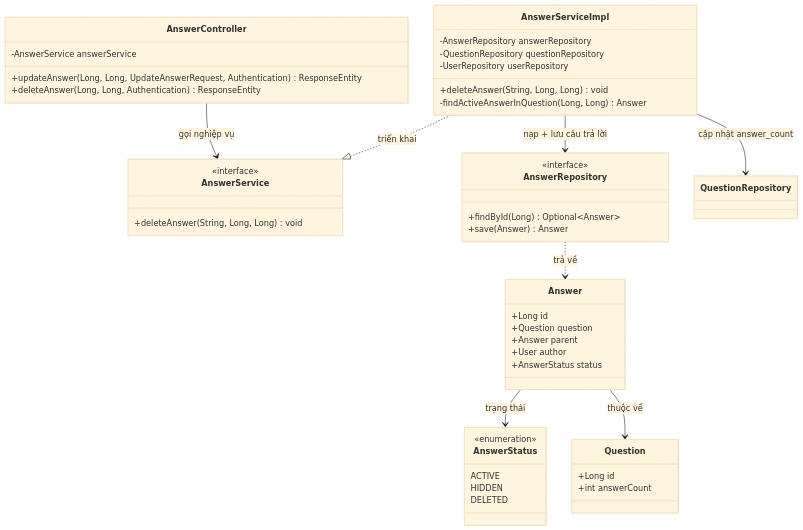
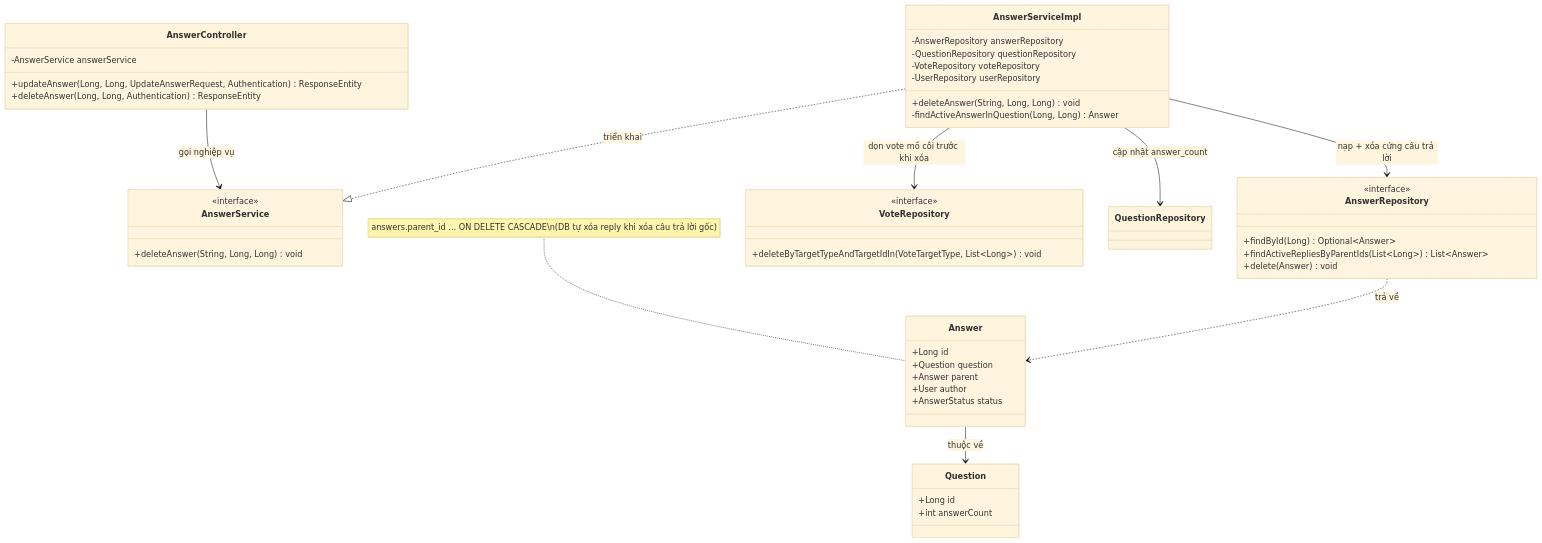
One commit to Alumnect/Alumnect changed the second of 3 diagrams in docs/update_SRS/SRS_UC_UC49_DeleteAnswer.md. Above: the diagram before and after it, drawn with Mermaid (base theme). The commit also changed other lines of this file and 3 other files, not shown here.

First line of the commit message:
fix(uc49): xoa cau tra loi phai la xoa cung (hard delete) thay vi doi status

````diff
--- a/docs/update_SRS/SRS_UC_UC49_DeleteAnswer.md
+++ b/docs/update_SRS/SRS_UC_UC49_DeleteAnswer.md
@@ -132,55 +135,56 @@
 ```mermaid
 classDiagram
     class AnswerController {
         -AnswerService answerService
         +updateAnswer(Long, Long, UpdateAnswerRequest, Authentication) ResponseEntity
         +deleteAnswer(Long, Long, Authentication) ResponseEntity
     }
 
     class AnswerService {
         <<interface>>
         +deleteAnswer(String, Long, Long) void
     }
 
     class AnswerServiceImpl {
         -AnswerRepository answerRepository
         -QuestionRepository questionRepository
+        -VoteRepository voteRepository
         -UserRepository userRepository
         +deleteAnswer(String, Long, Long) void
         -findActiveAnswerInQuestion(Long, Long) Answer
     }
 
     class AnswerRepository {
         <<interface>>
         +findById(Long) Optional~Answer~
-        +save(Answer) Answer
+        +findActiveRepliesByParentIds(List~Long~) List~Answer~
+        +delete(Answer) void
+    }
+
+    class VoteRepository {
+        <<interface>>
+        +deleteByTargetTypeAndTargetIdIn(VoteTargetType, List~Long~) void
     }
 
     class Answer {
         +Long id
         +Question question
         +Answer parent
         +User author
         +AnswerStatus status
     }
 
-    class AnswerStatus {
-        <<enumeration>>
-        ACTIVE
-        HIDDEN
-        DELETED
-    }
-
     class Question {
         +Long id
         +int answerCount
     }
 
     AnswerController --> AnswerService : gọi nghiệp vụ
     AnswerServiceImpl ..|> AnswerService : triển khai
-    AnswerServiceImpl --> AnswerRepository : nạp + lưu câu trả lời
+    AnswerServiceImpl --> AnswerRepository : nạp + xóa cứng câu trả lời
+    AnswerServiceImpl --> VoteRepository : dọn vote mồ côi trước khi xóa
     AnswerServiceImpl --> QuestionRepository : cập nhật answer_count
     AnswerRepository ..> Answer : trả về
-    Answer --> AnswerStatus : trạng thái
     Answer --> Question : thuộc về
+    note for Answer "answers.parent_id ... ON DELETE CASCADE\n(DB tự xóa reply khi xóa câu trả lời gốc)"
 ```
````
